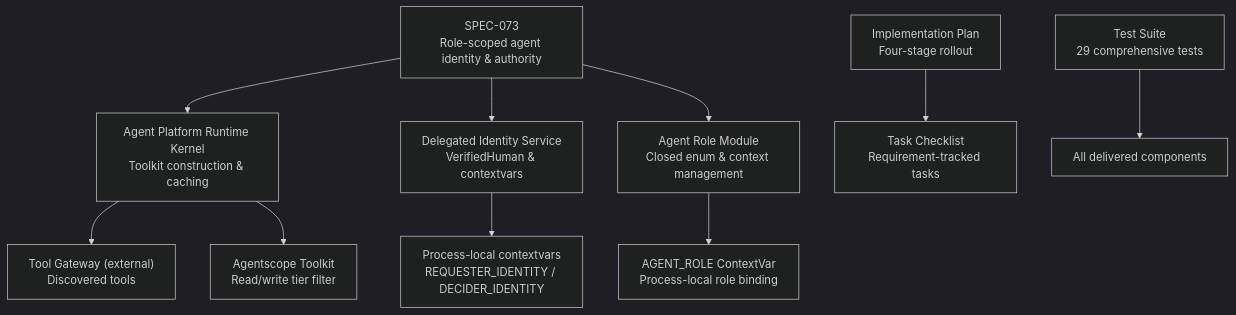
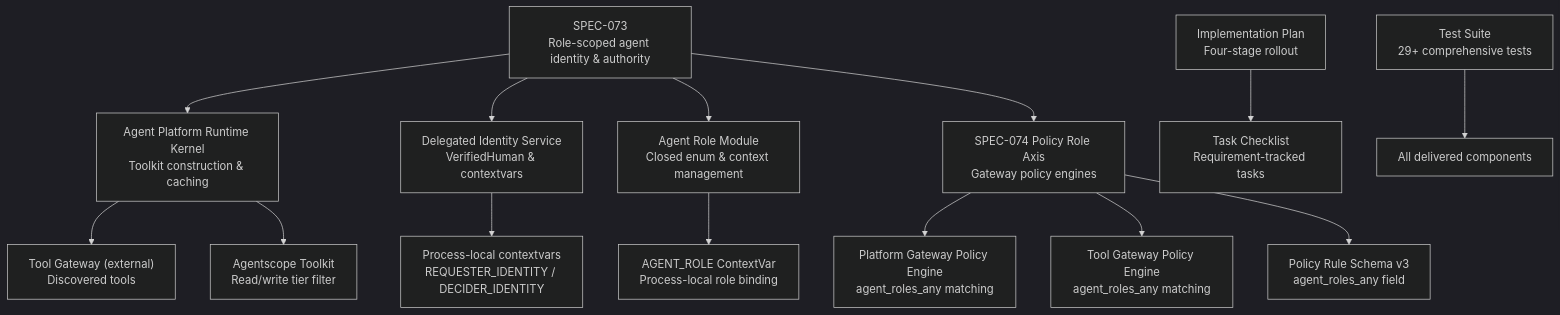
The first of 8 diagrams in .qoder/repowiki/en/content/Shared Contracts/SPEC-073_ Role-Scoped Agent Identity and Authority.md (metasync/luban-aiops), drawn with Mermaid (dark theme) before and after one commit. The commit also changed other lines of this file and 128 other files, not shown here.

````diff
--- a/.qoder/repowiki/en/content/Shared Contracts/SPEC-073_ Role-Scoped Agent Identity and Authority.md
+++ b/.qoder/repowiki/en/content/Shared Contracts/SPEC-073_ Role-Scoped Agent Identity and Authority.md
@@ -59,12 +68,16 @@
 ```mermaid
 graph TB
 Spec["SPEC-073<br/>Role-scoped agent identity & authority"] --> Kernel["Agent Platform Runtime Kernel<br/>Toolkit construction & caching"]
 Spec --> Identity["Delegated Identity Service<br/>VerifiedHuman & contextvars"]
 Spec --> RoleModule["Agent Role Module<br/>Closed enum & context management"]
+Spec --> PolicyAxis["SPEC-074 Policy Role Axis<br/>Gateway policy engines"]
 Plan["Implementation Plan<br/>Four-stage rollout"] --> Tasks["Task Checklist<br/>Requirement-tracked tasks"]
 Kernel --> Gateway["Tool Gateway (external)<br/>Discovered tools"]
 Kernel --> Toolkit["Agentscope Toolkit<br/>Read/write tier filter"]
 Identity --> ContextVars["Process-local contextvars<br/>REQUESTER_IDENTITY / DECIDER_IDENTITY"]
 RoleModule --> RoleContext["AGENT_ROLE ContextVar<br/>Process-local role binding"]
-TestSuite["Test Suite<br/>29 comprehensive tests"] --> AllComponents["All delivered components"]
+PolicyAxis --> PlatformGW["Platform Gateway Policy Engine<br/>agent_roles_any matching"]
+PolicyAxis --> ToolGW["Tool Gateway Policy Engine<br/>agent_roles_any matching"]
+PolicyAxis --> Schema["Policy Rule Schema v3<br/>agent_roles_any field"]
+TestSuite["Test Suite<br/>29+ comprehensive tests"] --> AllComponents["All delivered components"]
 ```
````
